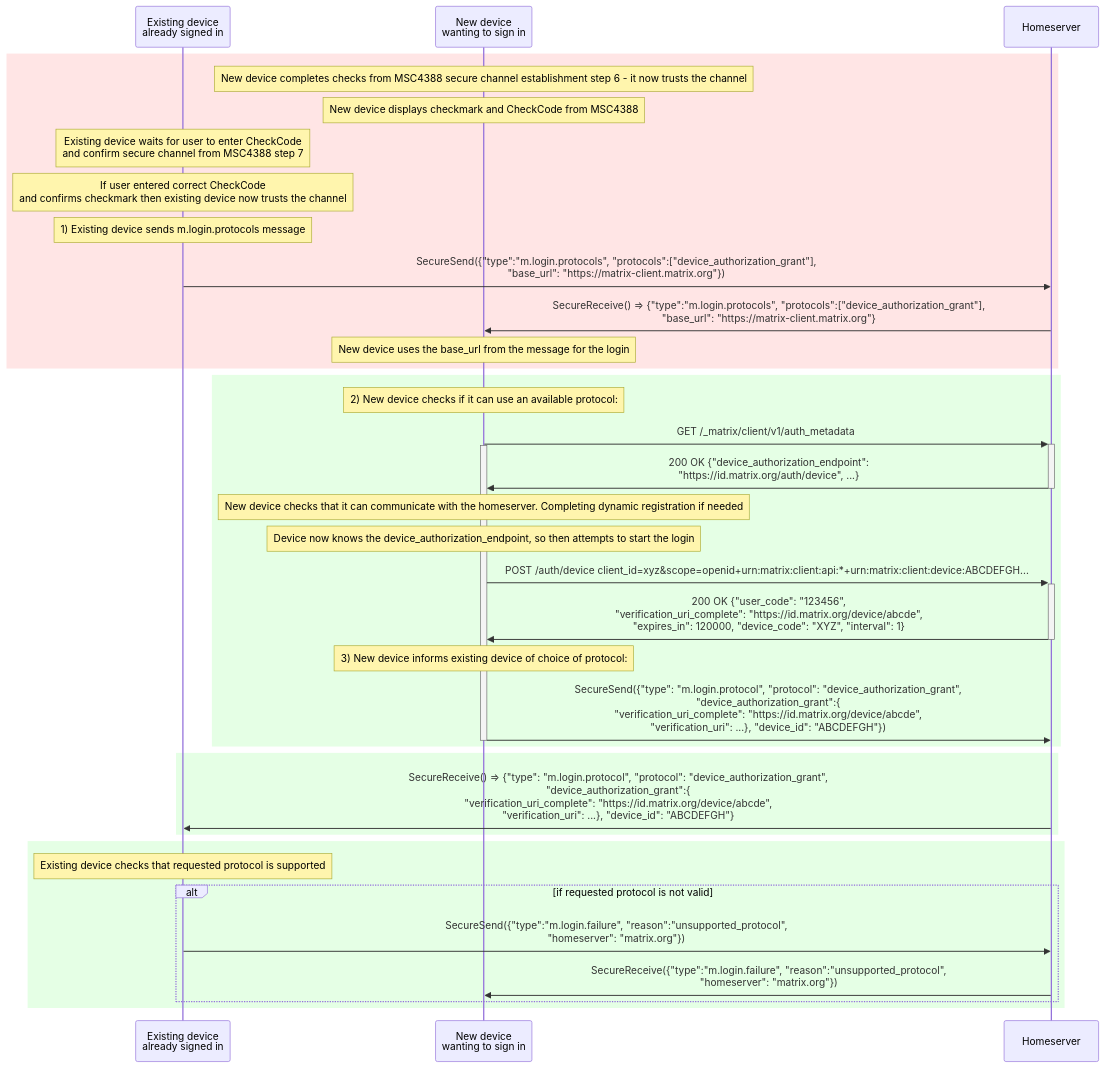
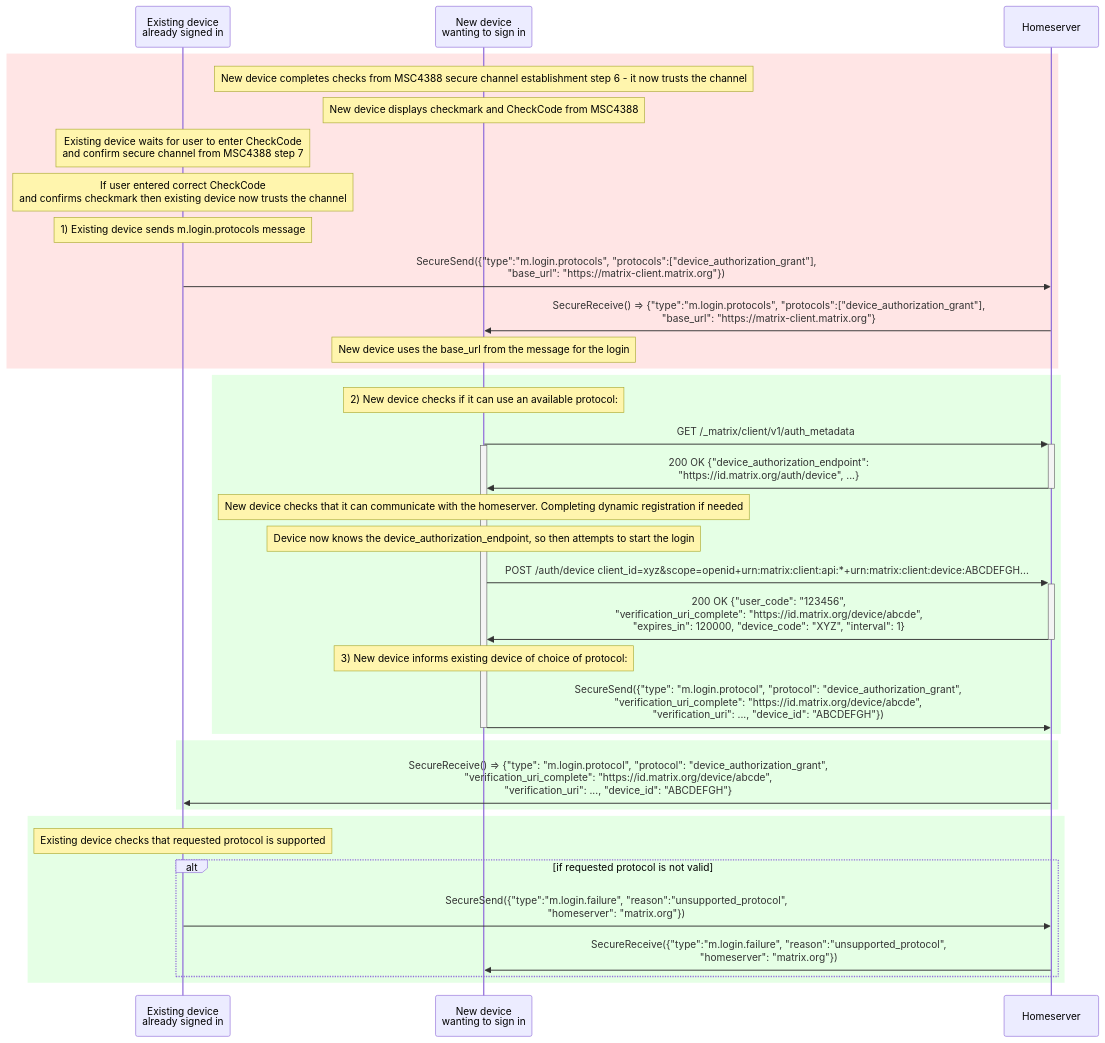
The second of 5 diagrams in proposals/4108-oidc-qr-login.md (matrix-org/matrix-spec-proposals), drawn with Mermaid before and after one commit. The commit also changed other lines of this file, not shown here.

Commit message:
Use flat structure for m.login.protocol message as more common in the rest of spec

````diff
--- a/proposals/4108-oidc-qr-login.md
+++ b/proposals/4108-oidc-qr-login.md
@@ -300,57 +298,57 @@
 ```mermaid
 sequenceDiagram
     participant E as Existing device <br>already signed in
     participant N as New device <br>wanting to sign in
     participant HS as Homeserver
 
 
     rect rgba(255,0,0, 0.1)
     #alt if New device scanned QR code
         note over N: New device completes checks from MSC4388 secure channel establishment step 6 - it now trusts the channel
         note over N: New device displays checkmark and CheckCode from MSC4388
         note over E: Existing device waits for user to enter CheckCode<br>and confirm secure channel from MSC4388 step 7
         note over E: If user entered correct CheckCode<br>and confirms checkmark then existing device now trusts the channel
         note over E: 1) Existing device sends m.login.protocols message
         E->>HS: SecureSend({"type":"m.login.protocols", "protocols":["device_authorization_grant"],<br> "base_url": "https://matrix-client.matrix.org"})
         HS->>N: SecureReceive() => {"type":"m.login.protocols", "protocols":["device_authorization_grant"],<br> "base_url": "https://matrix-client.matrix.org"}
         note over N: New device uses the base_url from the message for the login
 
     #else if Existing device scanned QR code
     #    note over E: Existing device completes MSC4388 step 6 - it now trusts the channel
     #    note over E: Existing device displays checkmark and CheckCode from MSC4388
     #    note over E: 1) Existing device sends m.login.protocols message
     #    E->>HS: SecureSend({"type":"m.login.protocols", "protocols":["device_authorization_grant"],<br> "base_url": "https://matrix-client.matrix.org"})
     #    note over N: New device waits for user to confirm secure channel from MSC4388 step 7
     #    HS->>N: SecureReceive() => {"type":"m.login.protocols", "protocols":["device_authorization_grant"],<br> "base_url": "https://matrix-client.matrix.org"}
     #    note over N: If user enters the correct CheckCode and confirms checkmark<br>then new device now trusts the channel, and uses the homeserver provided
     end
 
 
     rect rgba(0,255,0, 0.1)
     note over N: 2) New device checks if it can use an available protocol:
         N->>+HS: GET /_matrix/client/v1/auth_metadata
     activate N
         HS->>-N: 200 OK {"device_authorization_endpoint":<br> "https://id.matrix.org/auth/device", ...}
         Note over N: New device checks that it can communicate with the homeserver. Completing dynamic registration if needed
         Note over N: Device now knows the device_authorization_endpoint, so then attempts to start the login
         N->>+HS: POST /auth/device client_id=xyz&scope=openid+urn:matrix:client:api:*+urn:matrix:client:device:ABCDEFGH...
         HS->>-N: 200 OK {"user_code": "123456",<br>"verification_uri_complete": "https://id.matrix.org/device/abcde",<br>"expires_in": 120000, "device_code": "XYZ", "interval": 1}
         note over N: 3) New device informs existing device of choice of protocol:
-        N->>HS: SecureSend({"type": "m.login.protocol", "protocol": "device_authorization_grant",<br> "device_authorization_grant":{<br>"verification_uri_complete": "https://id.matrix.org/device/abcde",<br>"verification_uri": ...}, "device_id": "ABCDEFGH"})
+        N->>HS: SecureSend({"type": "m.login.protocol", "protocol": "device_authorization_grant",<br>"verification_uri_complete": "https://id.matrix.org/device/abcde",<br>"verification_uri": ..., "device_id": "ABCDEFGH"})
 
     deactivate N
     end
 
     rect rgba(0,255,0, 0.1)
-        HS->>E: SecureReceive() => {"type": "m.login.protocol", "protocol": "device_authorization_grant",<br> "device_authorization_grant":{<br>"verification_uri_complete": "https://id.matrix.org/device/abcde",<br>"verification_uri": ...}, "device_id": "ABCDEFGH"}
+        HS->>E: SecureReceive() => {"type": "m.login.protocol", "protocol": "device_authorization_grant",<br>"verification_uri_complete": "https://id.matrix.org/device/abcde",<br>"verification_uri": ..., "device_id": "ABCDEFGH"}
     end
 
     rect rgba(0,255,0, 0.1)
     note over E: Existing device checks that requested protocol is supported
 
     alt if requested protocol is not valid
         E->>HS: SecureSend({"type":"m.login.failure", "reason":"unsupported_protocol",<br>"homeserver": "matrix.org"})
         HS->>N: SecureReceive({"type":"m.login.failure", "reason":"unsupported_protocol",<br>"homeserver": "matrix.org"})
     end
     end
 ```
````
